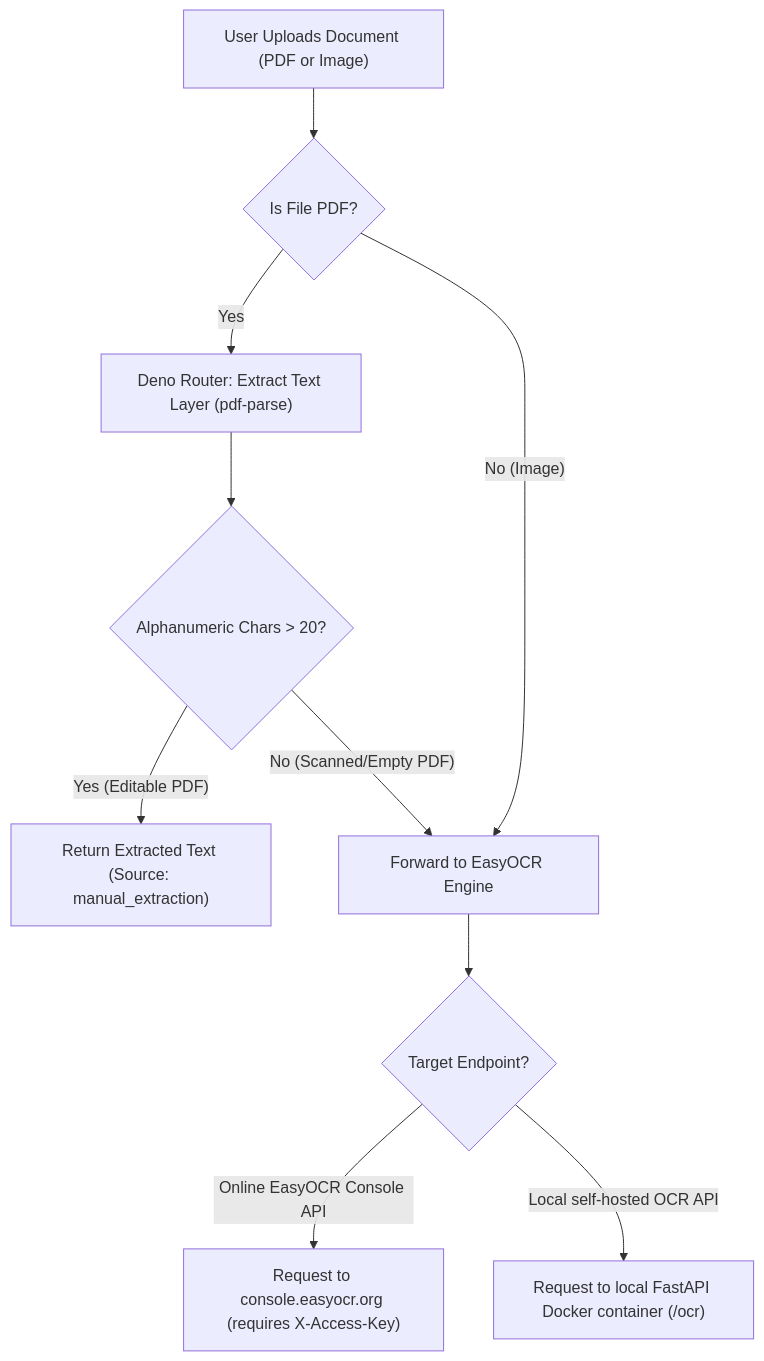
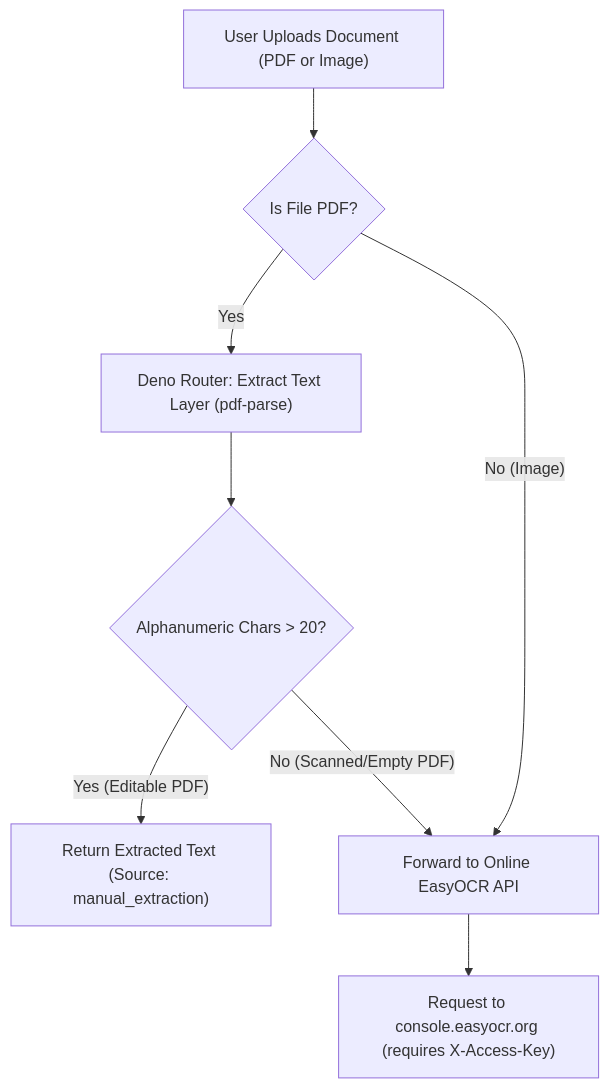
Before and after one commit to Smit-2907/OCR: the diagram in README.md, drawn with Mermaid. The commit also changed other lines of this file and 7 other files, not shown here.

Commit message:
refactor: remove self-hosted EasyOCR API and update Edge Function to utilize official EasyOCR Console API with added error handling and responsive UI styling.

````diff
--- a/README.md
+++ b/README.md
@@ -14,12 +13,10 @@
 ```mermaid
 graph TD
     A["User Uploads Document (PDF or Image)"] --> B{"Is File PDF?"}
     B -- "Yes" --> C["Deno Router: Extract Text Layer (pdf-parse)"]
     C --> D{"Alphanumeric Chars > 20?"}
     D -- "Yes (Editable PDF)" --> E["Return Extracted Text (Source: manual_extraction)"]
-    D -- "No (Scanned/Empty PDF)" --> F["Forward to EasyOCR Engine"]
+    D -- "No (Scanned/Empty PDF)" --> F["Forward to Online EasyOCR API"]
     B -- "No (Image)" --> F
-    F --> G{"Target Endpoint?"}
-    G -- "Online EasyOCR Console API" --> H["Request to console.easyocr.org (requires X-Access-Key)"]
-    G -- "Local self-hosted OCR API" --> I["Request to local FastAPI Docker container (/ocr)"]
+    F --> H["Request to console.easyocr.org (requires X-Access-Key)"]
 ```
````
